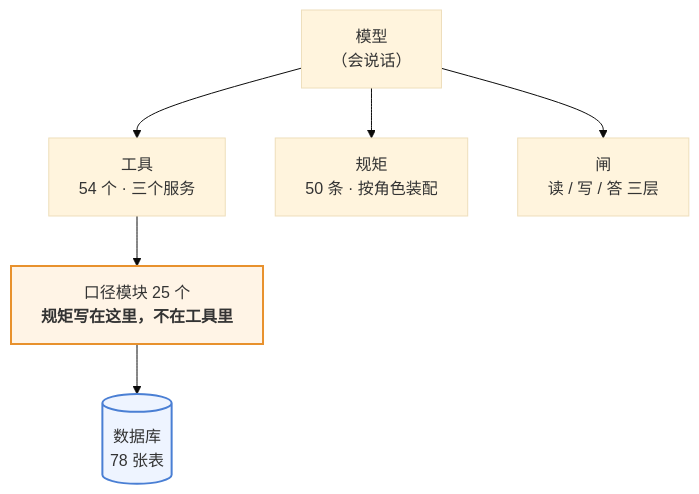
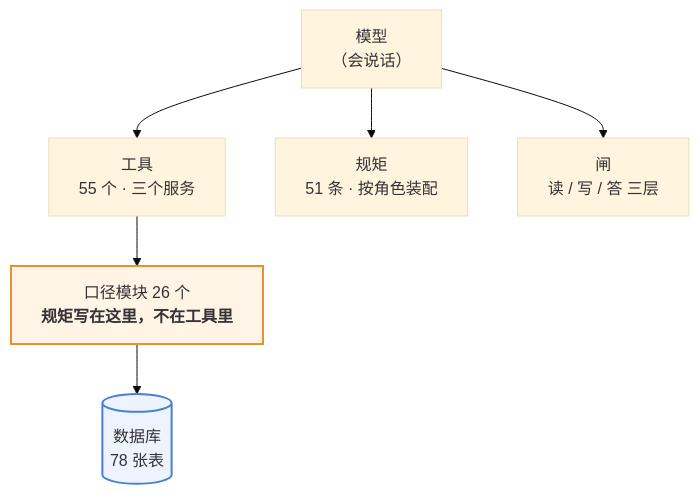
The first of 3 diagrams in 澜绣云裳agent-产品说明.md (843773296-rgb/lanxiu-yunshang-agent), drawn with Mermaid (base theme) before and after one commit. The commit also changed other lines of this file and 18 other files, not shown here.

````diff
--- a/澜绣云裳agent-产品说明.md
+++ b/澜绣云裳agent-产品说明.md
@@ -62,12 +62,12 @@
 ```mermaid
 flowchart TD
     M["模型<br/>（会说话）"]
-    M --> T["工具<br/>54 个 · 三个服务"]
-    M --> R["规矩<br/>50 条 · 按角色装配"]
+    M --> T["工具<br/>55 个 · 三个服务"]
+    M --> R["规矩<br/>51 条 · 按角色装配"]
     M --> G["闸<br/>读 / 写 / 答 三层"]
-    T --> K["口径模块 25 个<br/><b>规矩写在这里，不在工具里</b>"]
+    T --> K["口径模块 26 个<br/><b>规矩写在这里，不在工具里</b>"]
     K --> DB[("数据库<br/>78 张表")]
 
     style K fill:#fff4e6,stroke:#e8912d,stroke-width:2px
     style DB fill:#eef4ff,stroke:#4a7fd4,stroke-width:2px
 ```
````
